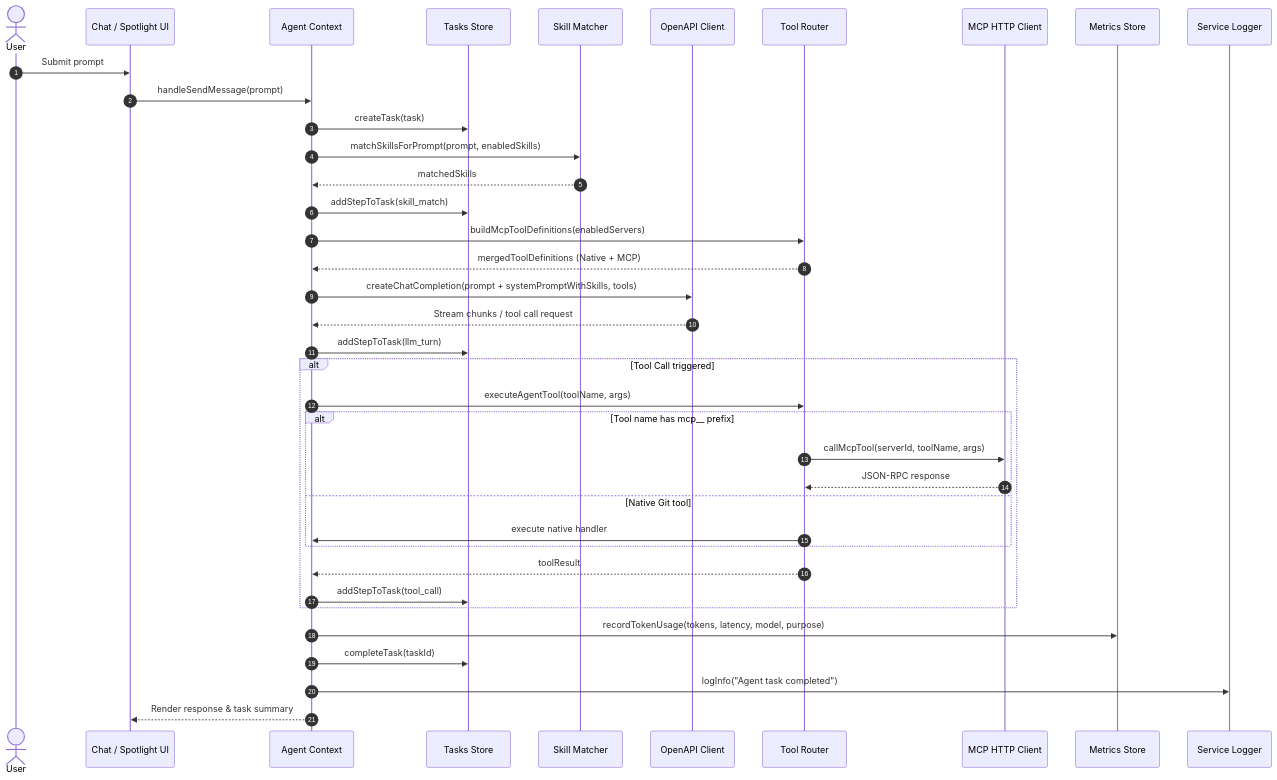
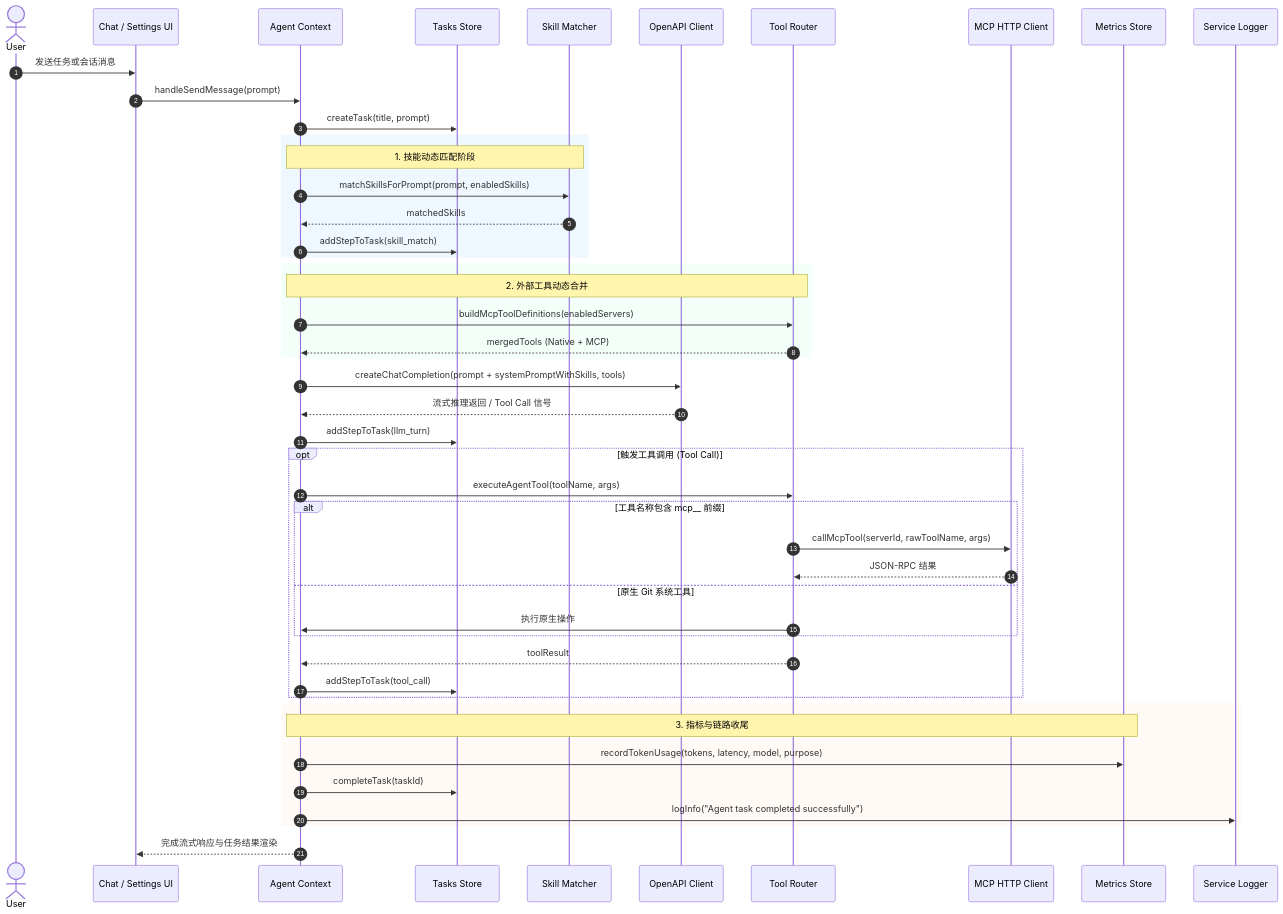
One commit to DavidKk/yggit changed the diagram in docs/technical/agent-skills-mcp-and-observability.md. Above: the diagram before and after it, drawn with Mermaid. The commit also changed other lines of this file and 1 other file, not shown here.

First line of the commit message:
docs(agent): refine PRD and technical specs for skills, mcp and observability

````diff
--- a/docs/technical/agent-skills-mcp-and-observability.md
+++ b/docs/technical/agent-skills-mcp-and-observability.md
@@ -85,45 +315,56 @@
 ```mermaid
 sequenceDiagram
     autonumber
     actor User
-    participant UI as Chat / Spotlight UI
+    participant UI as Chat / Settings UI
     participant AgentCtx as Agent Context
     participant TaskStore as Tasks Store
     participant SkillEngine as Skill Matcher
     participant OpenAPI as OpenAPI Client
     participant ToolRouter as Tool Router
     participant McpClient as MCP HTTP Client
     participant MetricStore as Metrics Store
     participant Logger as Service Logger
 
-    User->>UI: Submit prompt
+    User->>UI: 发送任务或会话消息
     UI->>AgentCtx: handleSendMessage(prompt)
-    AgentCtx->>TaskStore: createTask(task)
-    AgentCtx->>SkillEngine: matchSkillsForPrompt(prompt, enabledSkills)
-    SkillEngine-->>AgentCtx: matchedSkills
-    AgentCtx->>TaskStore: addStepToTask(skill_match)
+    AgentCtx->>TaskStore: createTask(title, prompt)
 
-    AgentCtx->>ToolRouter: buildMcpToolDefinitions(enabledServers)
-    ToolRouter-->>AgentCtx: mergedToolDefinitions (Native + MCP)
+    rect rgb(240, 248, 255)
+        note over AgentCtx,SkillEngine: 1. 技能动态匹配阶段
+        AgentCtx->>SkillEngine: matchSkillsForPrompt(prompt, enabledSkills)
+        SkillEngine-->>AgentCtx: matchedSkills
+        AgentCtx->>TaskStore: addStepToTask(skill_match)
+    end
+
+    rect rgb(245, 255, 250)
+        note over AgentCtx,ToolRouter: 2. 外部工具动态合并
+        AgentCtx->>ToolRouter: buildMcpToolDefinitions(enabledServers)
+        ToolRouter-->>AgentCtx: mergedTools (Native + MCP)
+    end
 
     AgentCtx->>OpenAPI: createChatCompletion(prompt + systemPromptWithSkills, tools)
-    OpenAPI-->>AgentCtx: Stream chunks / tool call request
+    OpenAPI-->>AgentCtx: 流式推理返回 / Tool Call 信号
     AgentCtx->>TaskStore: addStepToTask(llm_turn)
 
-    alt Tool Call triggered
+    opt 触发工具调用 (Tool Call)
         AgentCtx->>ToolRouter: executeAgentTool(toolName, args)
-        alt Tool name has mcp__ prefix
-            ToolRouter->>McpClient: callMcpTool(serverId, toolName, args)
-            McpClient-->>ToolRouter: JSON-RPC response
-        else Native Git tool
-            ToolRouter->>AgentCtx: execute native handler
+        alt 工具名称包含 mcp__ 前缀
+            ToolRouter->>McpClient: callMcpTool(serverId, rawToolName, args)
+            McpClient-->>ToolRouter: JSON-RPC 结果
+        else 原生 Git 系统工具
+            ToolRouter->>AgentCtx: 执行原生操作
         end
         ToolRouter-->>AgentCtx: toolResult
         AgentCtx->>TaskStore: addStepToTask(tool_call)
     end
 
-    AgentCtx->>MetricStore: recordTokenUsage(tokens, latency, model, purpose)
-    AgentCtx->>TaskStore: completeTask(taskId)
-    AgentCtx->>Logger: logInfo("Agent task completed")
-    AgentCtx-->>UI: Render response & task summary
+    rect rgb(255, 250, 245)
+        note over AgentCtx,MetricStore: 3. 指标与链路收尾
+        AgentCtx->>MetricStore: recordTokenUsage(tokens, latency, model, purpose)
+        AgentCtx->>TaskStore: completeTask(taskId)
+        AgentCtx->>Logger: logInfo("Agent task completed successfully")
+    end
+
+    AgentCtx-->>UI: 完成流式响应与任务结果渲染
 ```
````
